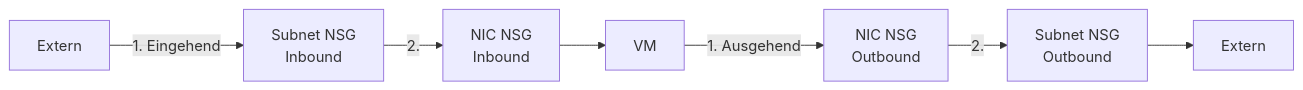
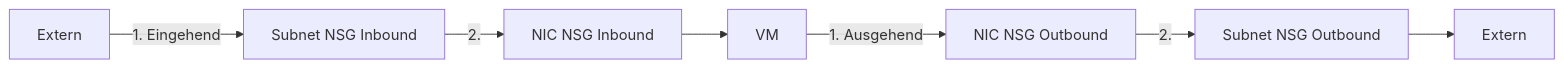
One commit to SoniiiT/notes-n-docs changed the second of 5 diagrams in Microsoft 365/Azure/Netzwerk/Network Security Groups.md. Above: the diagram before and after it, drawn with Mermaid. The commit also changed other lines of this file and 124 other files, not shown here.

First line of the commit message:
fix: Entferne \n aus allen Mermaid-Diagrammen (125 Dateien)

````diff
--- a/Microsoft 365/Azure/Netzwerk/Network Security Groups.md
+++ b/Microsoft 365/Azure/Netzwerk/Network Security Groups.md
@@ -125,5 +125,5 @@
 ```mermaid
 graph LR
-    EXT[Extern] -->|1. Eingehend| SUB_IN[Subnet NSG\nInbound] -->|2.| NIC_IN[NIC NSG\nInbound] --> VM[VM]
-    VM -->|1. Ausgehend| NIC_OUT[NIC NSG\nOutbound] -->|2.| SUB_OUT[Subnet NSG\nOutbound] --> EXT2[Extern]
+    EXT[Extern] -->|1. Eingehend| SUB_IN[Subnet NSG Inbound] -->|2.| NIC_IN[NIC NSG Inbound] --> VM[VM]
+    VM -->|1. Ausgehend| NIC_OUT[NIC NSG Outbound] -->|2.| SUB_OUT[Subnet NSG Outbound] --> EXT2[Extern]
 ```
````
